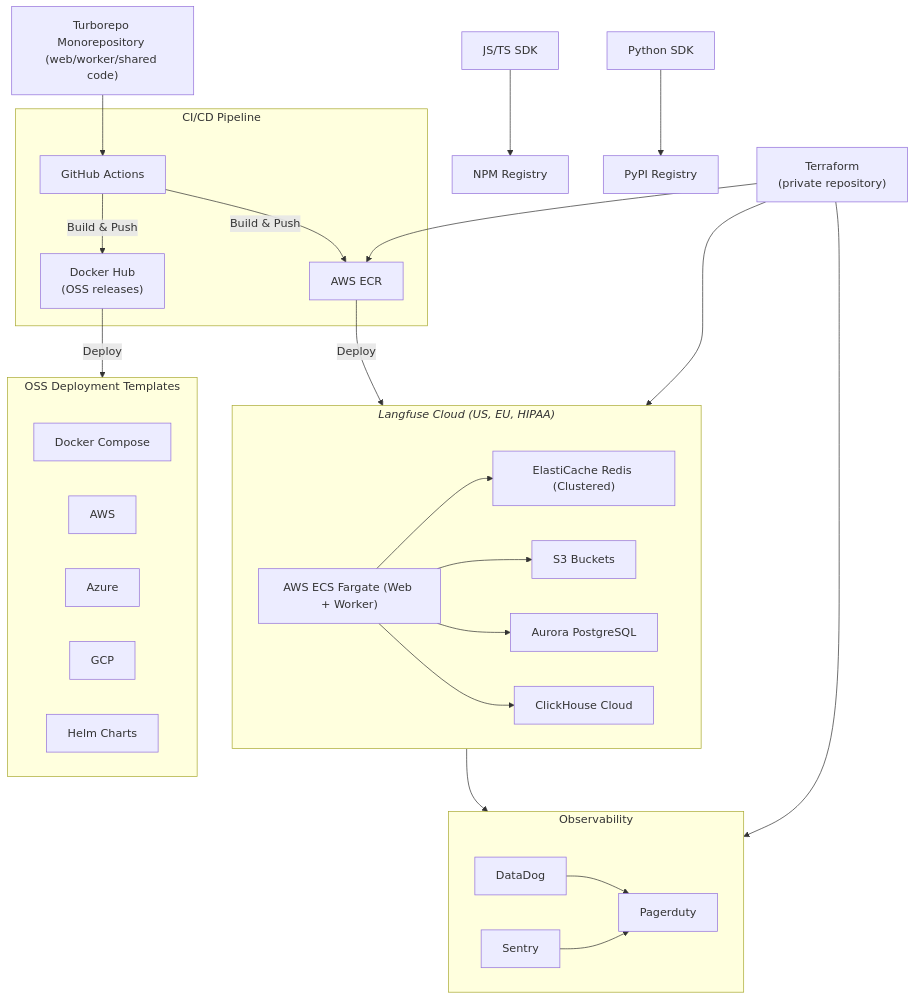
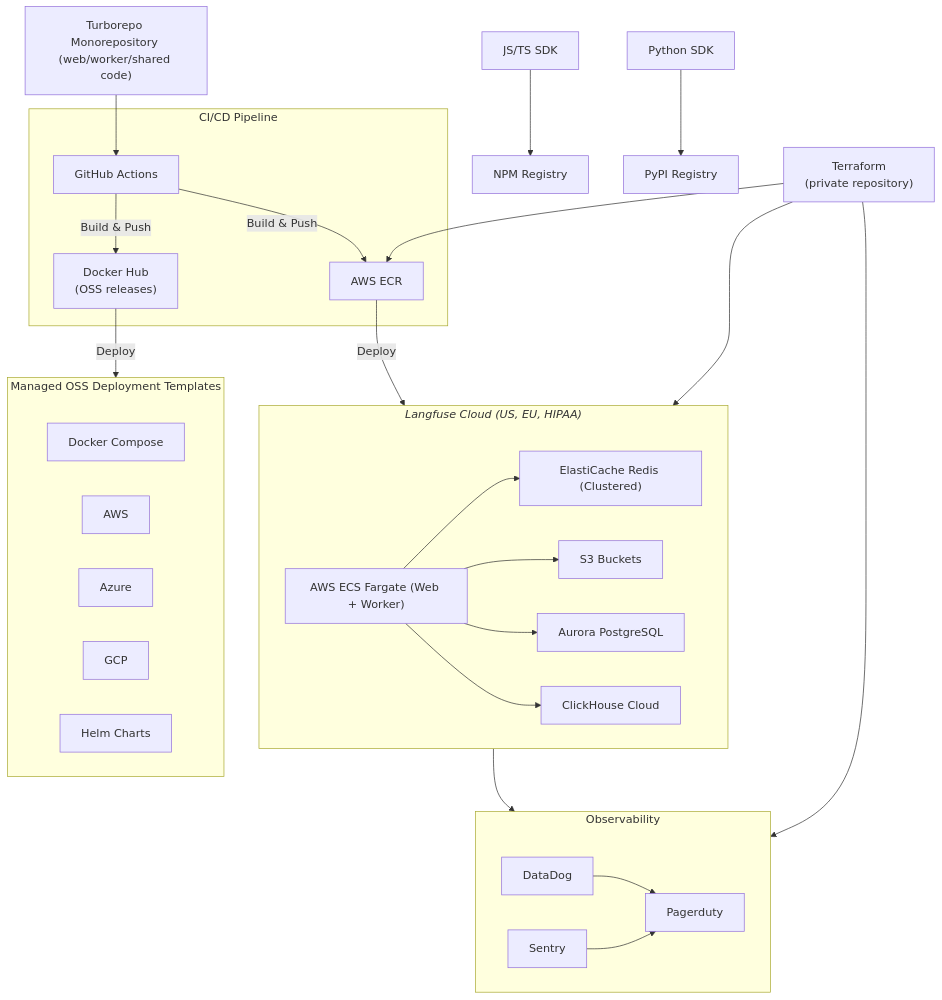
The third of 3 diagrams in pages/handbook/product-engineering/architecture.mdx (langfuse/langfuse-docs), drawn with Mermaid before and after one commit. The commit also changed 2 other files, not shown here.

Commit message:
add security advisory

````diff
--- a/pages/handbook/product-engineering/architecture.mdx
+++ b/pages/handbook/product-engineering/architecture.mdx
@@ -65,69 +65,69 @@
 ```mermaid
 ---
 config:
   flowchart:
     subGraphTitleMargin:
       bottom: 30
 ---
 graph TB
 
 
     MR["Turborepo Monorepository (web/worker/shared code)"]
     Python["Python SDK"]
     JS["JS/TS SDK"]
 
     NPM["NPM Registry"]
     PYPI["PyPI Registry"]
 
 
     JS --> NPM
     Python --> PYPI
 
 
     GHA["GitHub Actions"]
 
     MR --> GHA
 
     TF["Terraform <br/>(private repository)"]
     TF --> ECR
     TF --> VPN
     TF --> Observability
 
 
     subgraph CD["CI/CD Pipeline"]
         GHA -->|Build & Push| ECR[AWS ECR]
         GHA -->|Build & Push| DockerHub["Docker Hub<br/>(OSS releases)"]
     end
     ECR -->|Deploy| VPN
     subgraph VPN["<span style='display:block; width:100%; text-align:left; white-space: nowrap;'><i>Langfuse Cloud (US, EU, HIPAA)</i></span>"]
         ECS["AWS ECS Fargate (Web + Worker)"]
         ECS --> ElastiCache["ElastiCache Redis (Clustered)"]
         ECS --> S3[S3 Buckets]
         ECS --> Aurora[Aurora PostgreSQL]
         ECS --> CH[ClickHouse Cloud]
     end
 
-    subgraph OSS["OSS Deployment Templates"]
+    subgraph OSS["Managed OSS Deployment Templates"]
         direction LR
         DockerCompose["Docker Compose"]
         AWSCustomer["AWS"]
         AzureCustomer["Azure"]
         GCPCustomer["GCP"]
         HelmCharts["Helm Charts"]
     end
 
     DockerHub -->|Deploy| OSS
 
 
 
     subgraph "Observability"
         DataDog
         Sentry
         Pagerduty
 
         DataDog --> Pagerduty
         Sentry --> Pagerduty
     end
 
     VPN --> Observability
 ```
````
